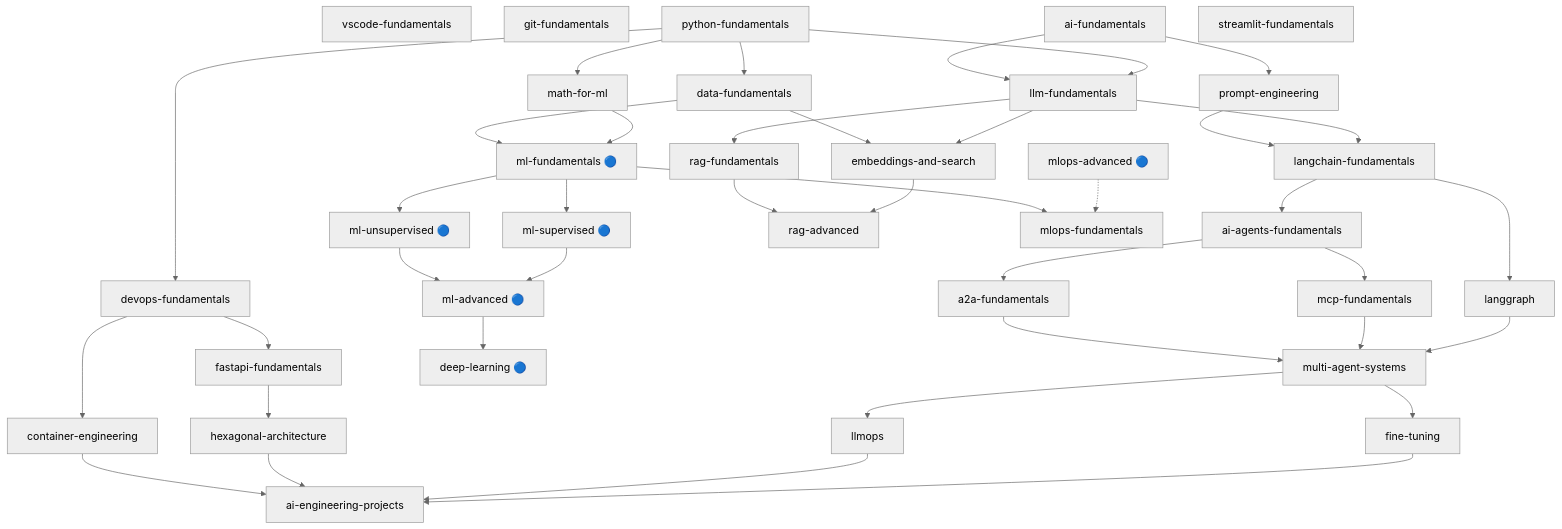
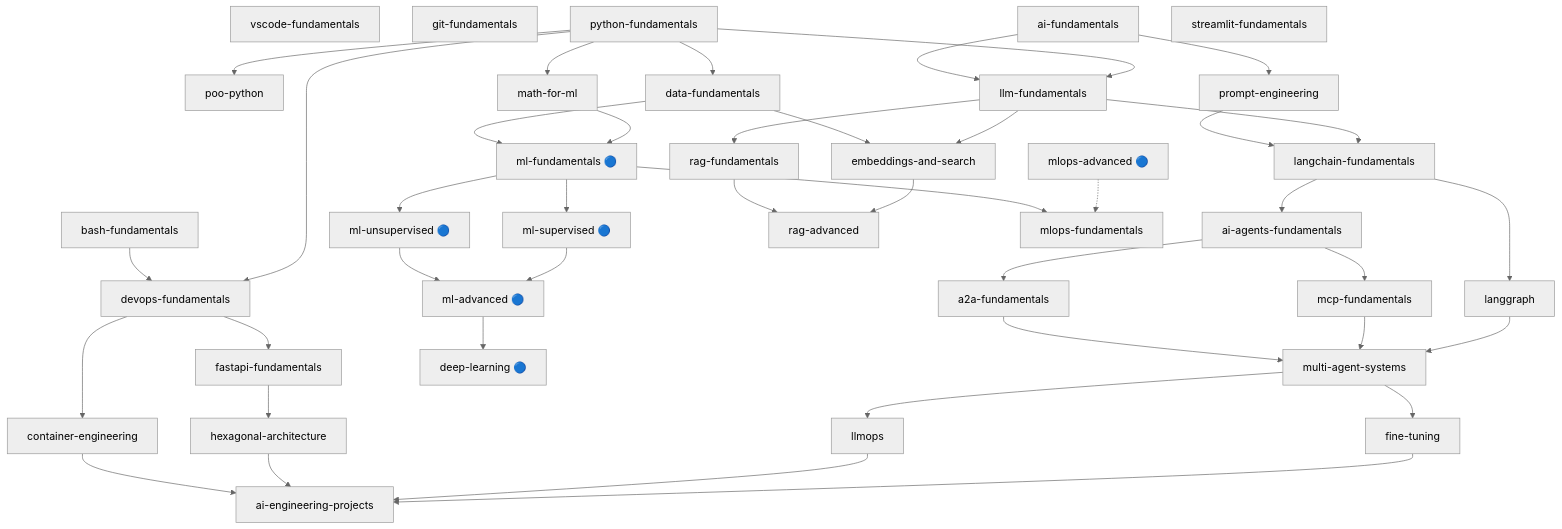
Before and after one commit to SupernovaIa/ai-engineering-roadmap: the diagram in README.es.md, drawn with Mermaid (neutral theme). The commit also changed other lines of this file and 1 other file, not shown here.

Commit message:
feat: add bash-fundamentals and poo-python to Layer 0, mark completed repos

```diff
--- a/README.es.md
+++ b/README.es.md
@@ -44,7 +44,9 @@
     %% Layer 0
     vscode[vscode-fundamentals]
     git[git-fundamentals]
+    bash[bash-fundamentals]
     python[python-fundamentals]
+    poo[poo-python]
     ai_fund[ai-fundamentals]
 
     %% Layer 1
@@ -90,8 +92,12 @@
     python --> data
     python --> llm
     python --> devops
+    bash --> devops
     ai_fund --> llm
     ai_fund --> prompt
+
+    %% Intra-layer 0
+    python --> poo
 
     %% Edges L1 -> L2
     llm --> embed
```
